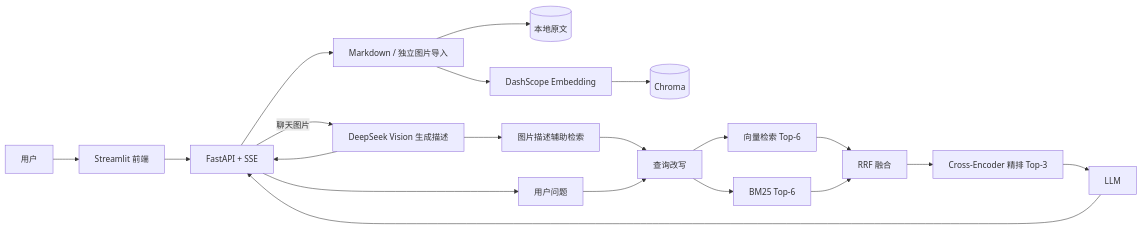
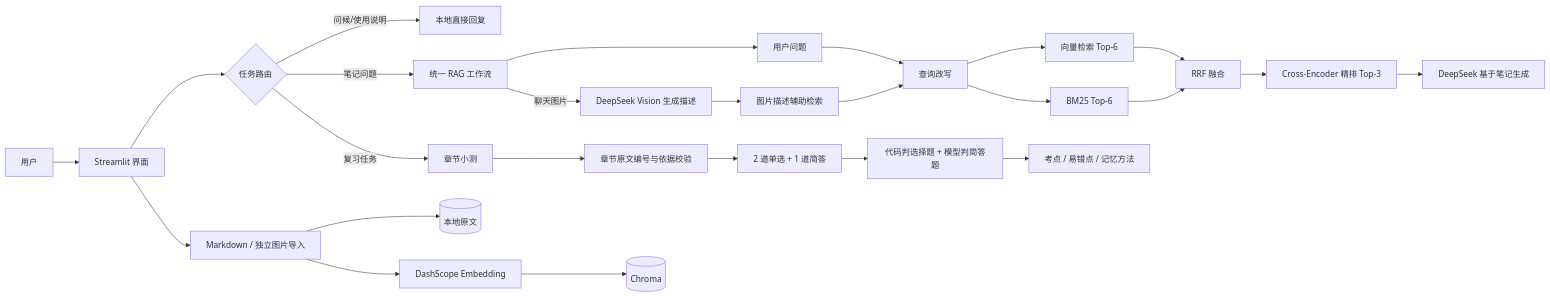
Before and after one commit to yuyuyuoo55/Personal_Notes_Review_Assistant: the first of 2 diagrams in README.md, drawn with Mermaid. The commit also changed other lines of this file and 16 other files, not shown here.

````diff
--- a/README.md
+++ b/README.md
@@ -81,25 +82,30 @@
 ```mermaid
 flowchart LR
-    U[用户] --> UI[Streamlit 前端]
-    UI --> API[FastAPI + SSE]
+    U[用户] --> UI[Streamlit 界面]
+    UI --> ROUTER{任务路由}
+    ROUTER -->|问候/使用说明| BASIC[本地直接回复]
+    ROUTER -->|笔记问题| RAG[统一 RAG 工作流]
+    ROUTER -->|复习任务| QUIZ[章节小测]
 
-    API --> INGEST[Markdown / 独立图片导入]
+    UI --> INGEST[Markdown / 独立图片导入]
     INGEST --> FILES[(本地原文)]
     INGEST --> EMB[DashScope Embedding]
     EMB --> CHROMA[(Chroma)]
 
-    API --> QUESTION[用户问题]
-    API -->|聊天图片| VISION[DeepSeek Vision 生成描述]
+    RAG --> QUESTION[用户问题]
+    RAG -->|聊天图片| VISION[DeepSeek Vision 生成描述]
     VISION --> HINT[图片描述辅助检索]
     HINT --> REWRITE[查询改写]
     QUESTION --> REWRITE
     REWRITE --> DENSE[向量检索 Top-6]
     REWRITE --> BM25[BM25 Top-6]
     DENSE --> RRF[RRF 融合]
     BM25 --> RRF
     RRF --> RERANK[Cross-Encoder 精排 Top-3]
 
-    RERANK --> LLM
-    VISION --> API
-    LLM --> API
+    RERANK --> LLM[DeepSeek 基于笔记生成]
+    QUIZ --> EVIDENCE[章节原文编号与依据校验]
+    EVIDENCE --> QGEN[2 道单选 + 1 道简答]
+    QGEN --> SCORE[代码判选择题 + 模型判简答题]
+    SCORE --> REVIEW[考点 / 易错点 / 记忆方法]
 ```
````
